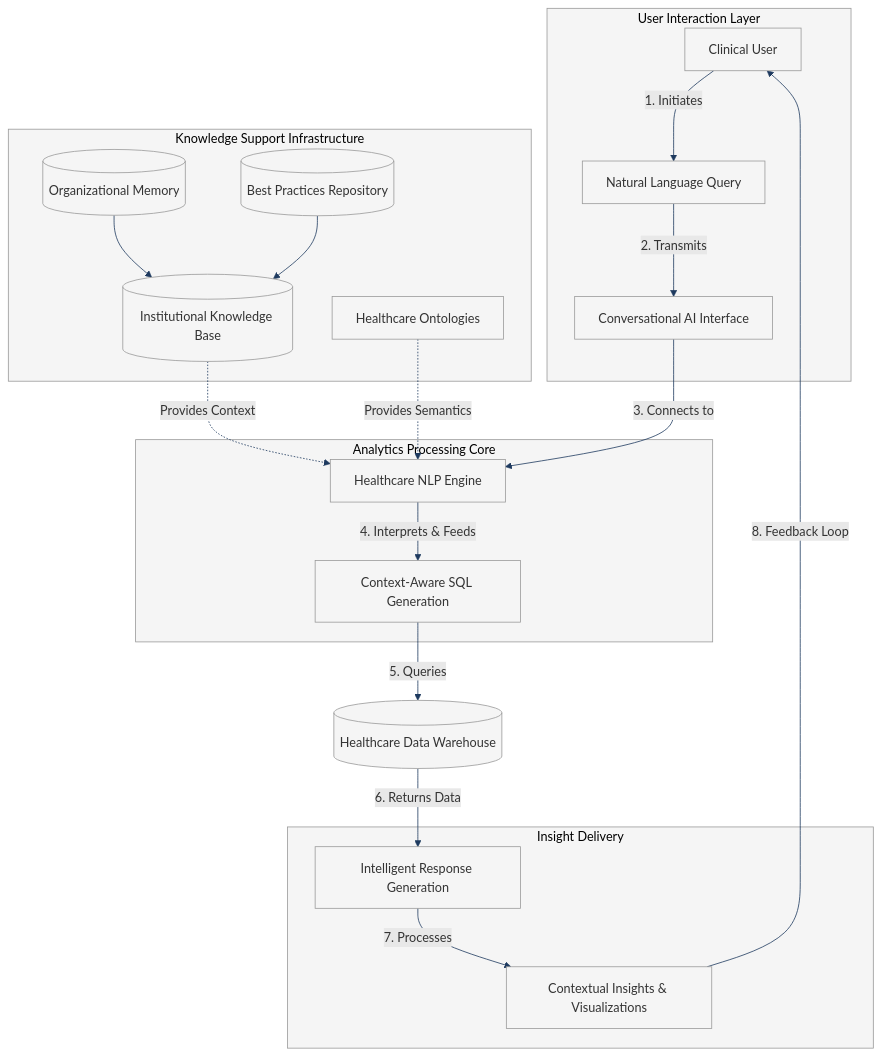
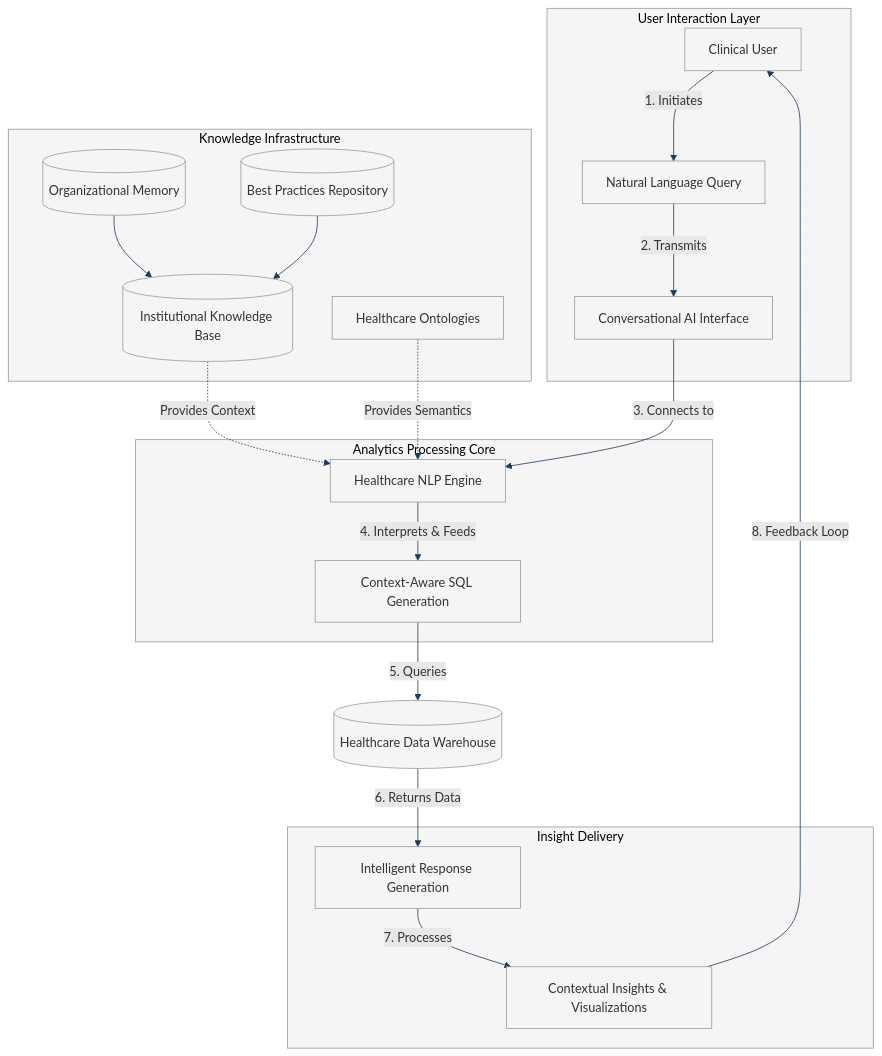
The diagram in figures/architecture.mmd (stharrold/yuimedi-paper-20250901), drawn with Mermaid before and after one commit. The commit also changed 5 other files, not shown here.

First line of the commit message:
fix(figures): shorten Knowledge Infrastructure label

```diff
--- a/figures/architecture.mmd
+++ b/figures/architecture.mmd
@@ -1,41 +1,41 @@
 %%{init: {'theme': 'base', 'themeVariables': { 'primaryColor': '#f5f5f5', 'primaryTextColor': '#333', 'primaryBorderColor': '#999', 'lineColor': '#1E3A5F', 'secondaryColor': '#e8e8e8', 'tertiaryColor': '#fff'}}}%%
 flowchart TD
     %% Healthcare Analytics Architecture
     %% Clinical User queries flowing through AI processing to insights
 
     subgraph UI["User Interaction Layer"]
         A["Clinical User"] -->|"1. Initiates"| B["Natural Language Query"]
         B -->|"2. Transmits"| C["Conversational AI Interface"]
     end
 
-    subgraph Knowledge["Knowledge Support Infrastructure"]
+    subgraph Knowledge["Knowledge Infrastructure"]
         D[("Organizational Memory")] --> G[("Institutional Knowledge Base")]
         E[("Best Practices Repository")] --> G
         F["Healthcare Ontologies"]
     end
 
     subgraph Engine["Analytics Processing Core"]
         H["Healthcare NLP Engine"] -->|"4. Interprets & Feeds"| I["Context-Aware SQL Generation"]
     end
 
     J[("Healthcare Data Warehouse")]
 
     subgraph Output["Insight Delivery"]
         K["Intelligent Response Generation"] -->|"7. Processes"| L["Contextual Insights & Visualizations"]
     end
 
     %% Main flow
     C -->|"3. Connects to"| H
     I -->|"5. Queries"| J
     J -->|"6. Returns Data"| K
     L -->|"8. Feedback Loop"| A
 
     %% Knowledge injection (dashed)
     G -.->|"Provides Context"| H
     F -.->|"Provides Semantics"| H
 
     %% Styling
     style UI fill:#f5f5f5,stroke:#999
     style Knowledge fill:#f5f5f5,stroke:#999
     style Engine fill:#f5f5f5,stroke:#999
     style Output fill:#f5f5f5,stroke:#999
```
